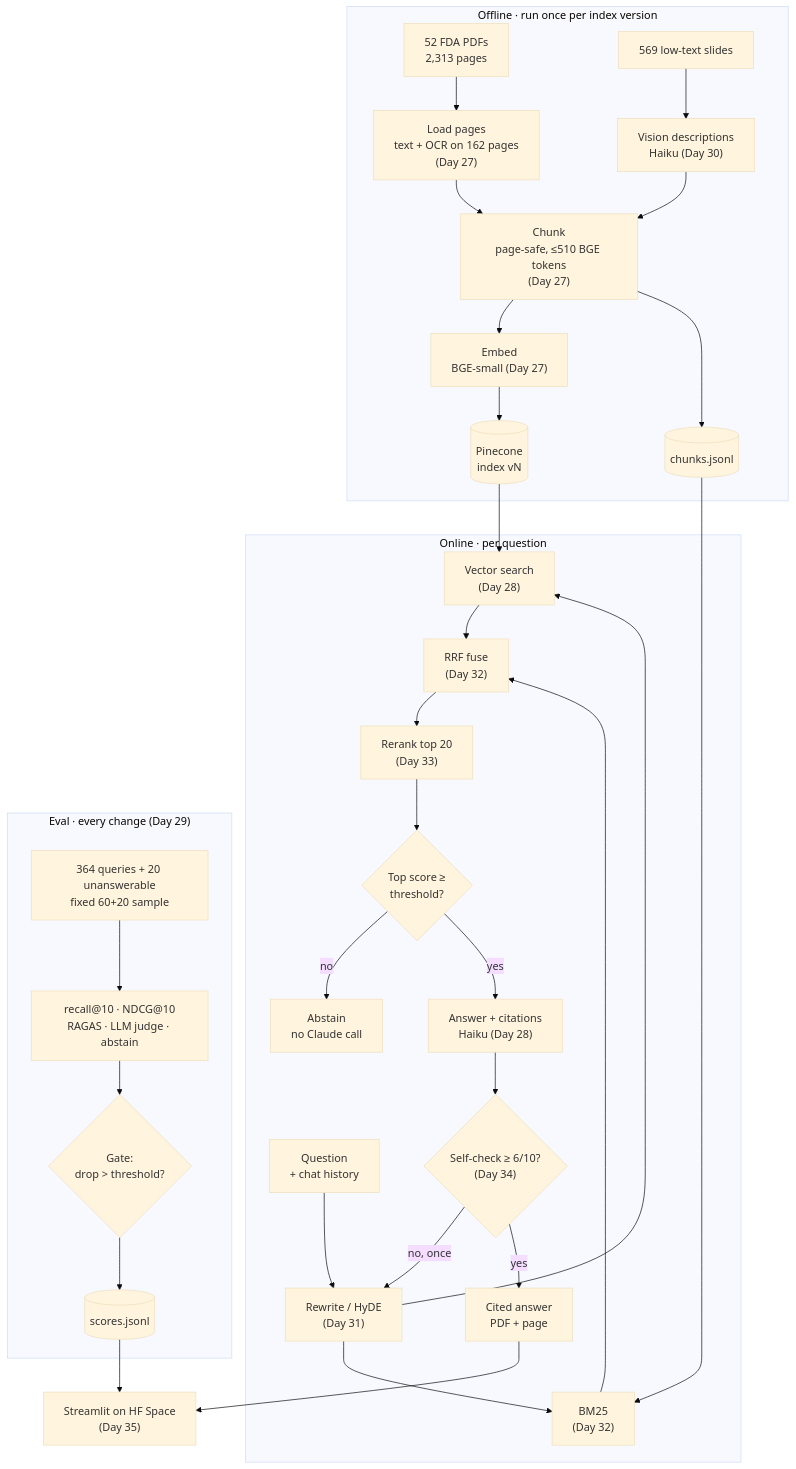
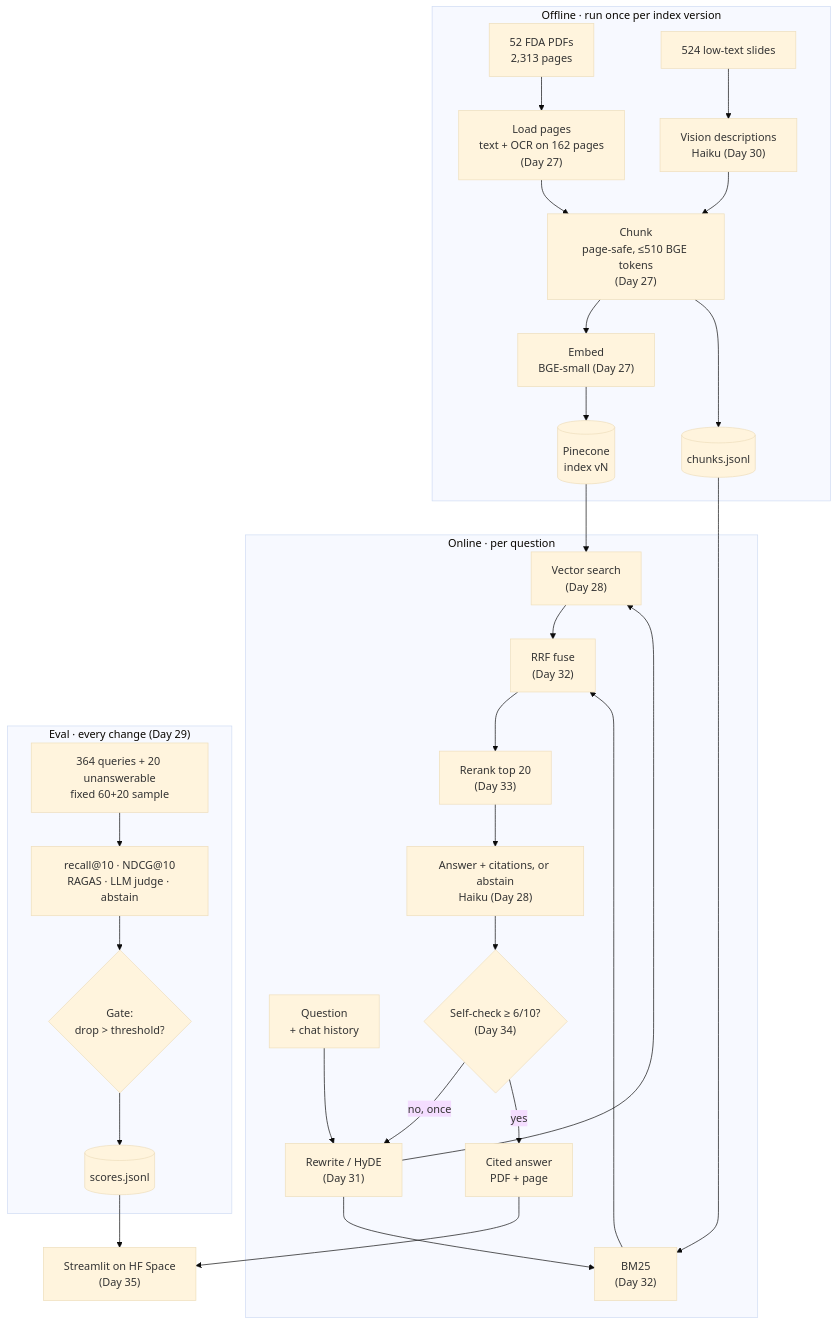
Before and after one commit to raguram-3398/AI-engineer: the diagram in multimodal-rag-engine/README.md, drawn with Mermaid (base theme). The commit also changed other lines of this file and 13 other files, not shown here.

Commit message:
feat: vision descriptions for 524 low-text slides in index v2, refusal outcome, abstain threshold removed

````diff
--- a/multimodal-rag-engine/README.md
+++ b/multimodal-rag-engine/README.md
@@ -9,35 +9,33 @@
 ```mermaid
 flowchart TB
   subgraph OFFLINE["Offline · run once per index version"]
     PDF["52 FDA PDFs<br/>2,313 pages"] --> LOAD["Load pages<br/>text + OCR on 162 pages<br/>(Day 27)"]
     LOAD --> CHUNK["Chunk<br/>page-safe, ≤510 BGE tokens<br/>(Day 27)"]
-    SLIDES["569 low-text slides"] --> VIS["Vision descriptions<br/>Haiku (Day 30)"]
+    SLIDES["524 low-text slides"] --> VIS["Vision descriptions<br/>Haiku (Day 30)"]
     VIS --> CHUNK
     CHUNK --> EMB["Embed<br/>BGE-small (Day 27)"]
     EMB --> PC[("Pinecone<br/>index vN")]
     CHUNK --> CF[("chunks.jsonl")]
   end
   subgraph ONLINE["Online · per question"]
     Q["Question<br/>+ chat history"] --> RW["Rewrite / HyDE<br/>(Day 31)"]
     RW --> VEC["Vector search<br/>(Day 28)"]
     RW --> BM["BM25<br/>(Day 32)"]
     PC --> VEC
     CF --> BM
     VEC --> RRF["RRF fuse<br/>(Day 32)"]
     BM --> RRF
     RRF --> RR["Rerank top 20<br/>(Day 33)"]
-    RR --> TH{"Top score ≥<br/>threshold?"}
-    TH -- no --> ABS["Abstain<br/>no Claude call"]
-    TH -- yes --> ANS["Answer + citations<br/>Haiku (Day 28)"]
+    RR --> ANS["Answer + citations, or abstain<br/>Haiku (Day 28)"]
     ANS --> SE{"Self-check ≥ 6/10?<br/>(Day 34)"}
     SE -- "no, once" --> RW
     SE -- yes --> OUT["Cited answer<br/>PDF + page"]
   end
   subgraph EVAL["Eval · every change (Day 29)"]
     GS["364 queries + 20 unanswerable<br/>fixed 60+20 sample"] --> MET["recall@10 · NDCG@10<br/>RAGAS · LLM judge · abstain"]
     MET --> GATE{"Gate:<br/>drop > threshold?"}
     GATE --> LOG[("scores.jsonl")]
   end
   OUT --> UI["Streamlit on HF Space<br/>(Day 35)"]
   LOG --> UI
 ```
````
